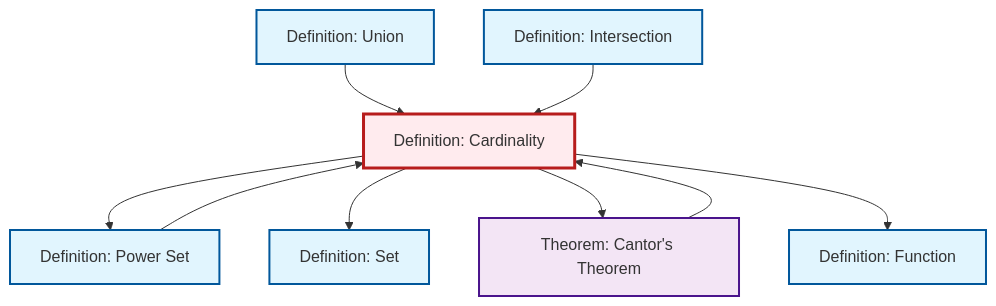
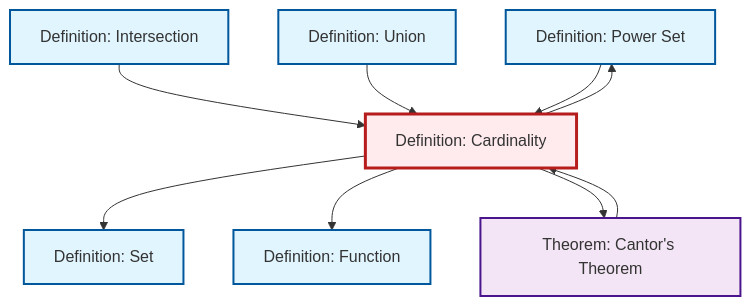
The diagram in content/en/logic-set-theory/def-cardinality.qmd (RK0429/ModernMath), drawn with Mermaid before and after one commit. The commit also changed other lines of this file and 634 other files, not shown here.

````diff
--- a/content/en/logic-set-theory/def-cardinality.qmd
+++ b/content/en/logic-set-theory/def-cardinality.qmd
@@ -85,31 +85,31 @@
 ```{mermaid}
 %%| fig-cap: "Local dependency graph"
 graph TD
     classDef definition fill:#e1f5fe,stroke:#01579b,stroke-width:2px
     classDef theorem fill:#f3e5f5,stroke:#4a148c,stroke-width:2px
     classDef axiom fill:#fff3e0,stroke:#e65100,stroke-width:2px
     classDef example fill:#e8f5e9,stroke:#1b5e20,stroke-width:2px
     classDef current fill:#ffebee,stroke:#b71c1c,stroke-width:3px
+    def-power-set["Definition: Power Set"]:::definition
+    def-union["Definition: Union"]:::definition
+    thm-cantor["Theorem: Cantor's Theorem"]:::theorem
+    def-function["Definition: Function"]:::definition
     def-intersection["Definition: Intersection"]:::definition
     def-set["Definition: Set"]:::definition
-    def-union["Definition: Union"]:::definition
-    def-power-set["Definition: Power Set"]:::definition
     def-cardinality["Definition: Cardinality"]:::definition
-    thm-cantor["Theorem: Cantor's Theorem"]:::theorem
-    def-function["Definition: Function"]:::definition
+    thm-cantor --> def-cardinality
+    def-cardinality --> def-set
+    def-intersection --> def-cardinality
+    def-cardinality --> def-function
+    def-union --> def-cardinality
     def-cardinality --> def-power-set
+    def-cardinality --> thm-cantor
     def-power-set --> def-cardinality
-    def-cardinality --> def-set
-    def-cardinality --> thm-cantor
-    def-union --> def-cardinality
-    thm-cantor --> def-cardinality
-    def-cardinality --> def-function
-    def-intersection --> def-cardinality
     class def-cardinality current
+    click def-power-set "def-power-set.html" "Go to Power Set definition"
+    click def-union "def-union.html" "Go to Union definition"
+    click thm-cantor "thm-cantor.html" "Go to Cantor's Theorem theorem"
+    click def-function "def-function.html" "Go to Function definition"
     click def-intersection "def-intersection.html" "Go to Intersection definition"
     click def-set "def-set.html" "Go to Set definition"
-    click def-union "def-union.html" "Go to Union definition"
-    click def-power-set "def-power-set.html" "Go to Power Set definition"
-    click thm-cantor "thm-cantor.html" "Go to Cantor's Theorem theorem"
-    click def-function "def-function.html" "Go to Function definition"
 ```
````
